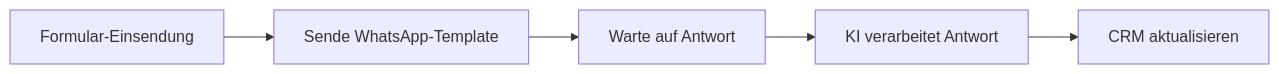
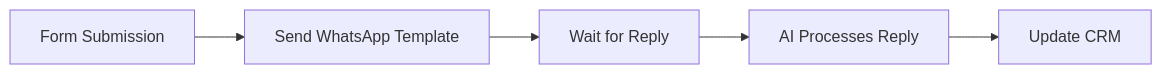
Before and after one commit to bekgroup/Famulor-docs-de: the second of 3 diagrams in en/whatsapp/automation.mdx, drawn with Mermaid. The commit also changed other lines of this file and 11 other files, not shown here.

````diff
--- a/en/whatsapp/automation.mdx
+++ b/en/whatsapp/automation.mdx
@@ -149,7 +148,7 @@
 ```mermaid  theme={null}
 flowchart LR
-    A[Formular-Einsendung] --> B[Sende WhatsApp-Template]
-    B --> C[Warte auf Antwort]
-    C --> D[KI verarbeitet Antwort]
-    D --> E[CRM aktualisieren]
+    A[Form Submission] --> B[Send WhatsApp Template]
+    B --> C[Wait for Reply]
+    C --> D[AI Processes Reply]
+    D --> E[Update CRM]
 ```
````
